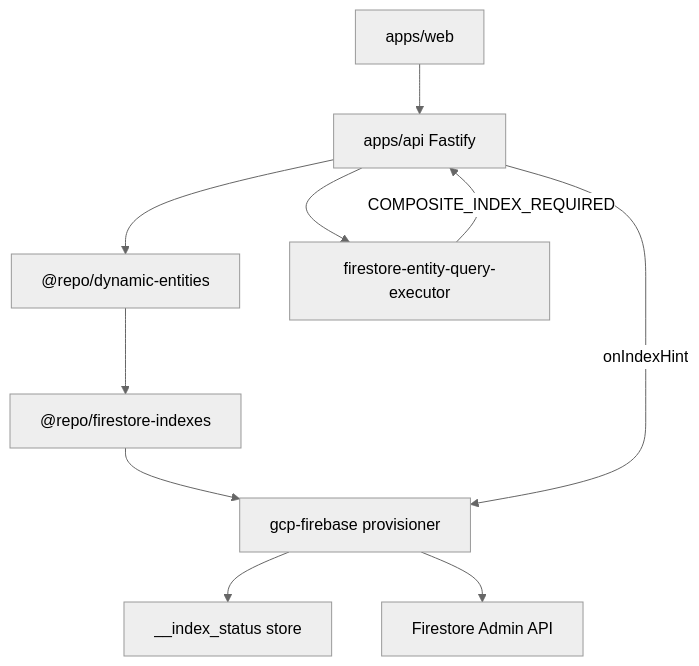
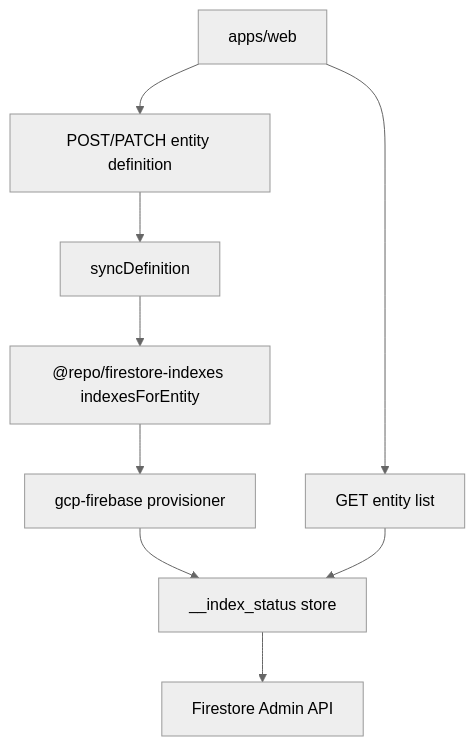
One commit to AndresLGomezO/spa-base changed the diagram in docs/dynamic-firestore-indexes.md. Above: the diagram before and after it, drawn with Mermaid (neutral theme). The commit also changed other lines of this file and 11 other files, not shown here.

First line of the commit message:
Refactor Firestore Index Management and Update Related Components

````diff
--- a/docs/dynamic-firestore-indexes.md
+++ b/docs/dynamic-firestore-indexes.md
@@ -15,21 +15,15 @@
 ```mermaid
 flowchart TB
   UI[apps/web]
-  API[apps/api Fastify]
-  DynEnt["@repo/dynamic-entities"]
-  Spec["@repo/firestore-indexes"]
+  ModelAPI["POST/PATCH entity definition"]
+  SyncDef["syncDefinition"]
+  Spec["@repo/firestore-indexes indexesForEntity"]
   Prov["gcp-firebase provisioner"]
   Status["__index_status store"]
   FSAdmin[Firestore Admin API]
-  Exec[firestore-entity-query-executor]
+  ListAPI["GET entity list"]
 
-  UI --> API
-  API --> DynEnt
-  DynEnt --> Spec
-  Spec --> Prov
-  Prov --> Status
-  Prov --> FSAdmin
-  API --> Exec
-  Exec -->|COMPOSITE_INDEX_REQUIRED| API
-  API -->|onIndexHint| Prov
+  UI --> ModelAPI --> SyncDef --> Spec --> Prov --> Status --> FSAdmin
+  UI --> ListAPI
+  ListAPI --> Status
 ```
````
